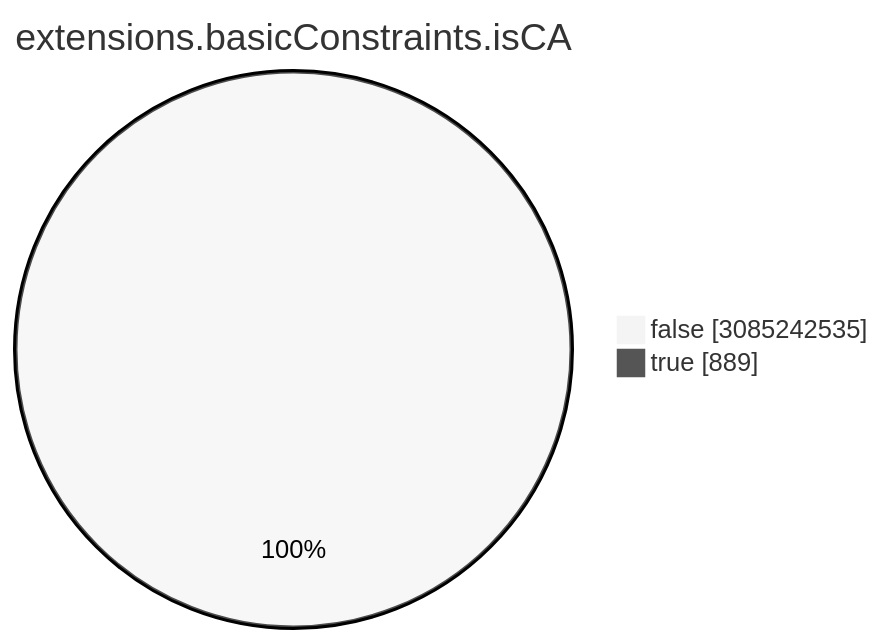
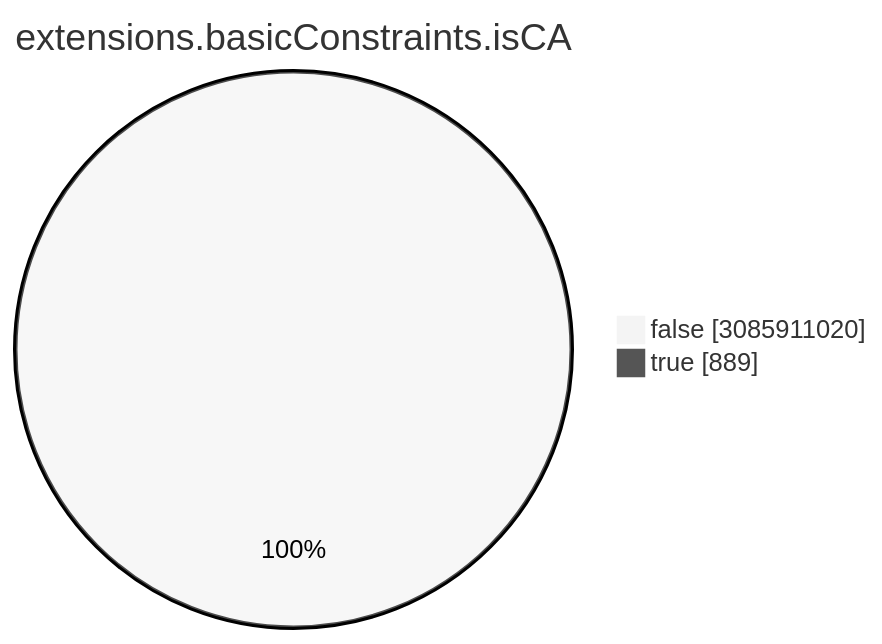
Before and after one commit to christiankrug/ctmonitor_visualization: the seventh of 15 diagrams in TOTAL/README.md, drawn with Mermaid (neutral theme). The commit also changed other lines of this file, not shown here.

````diff
--- a/TOTAL/README.md
+++ b/TOTAL/README.md
@@ -3086,6 +3086,6 @@
 ```mermaid
 pie showData
 title extensions.basicConstraints.isCA
-"false" :3085242535
+"false" :3085911020
 "true" :889
 ```
````
